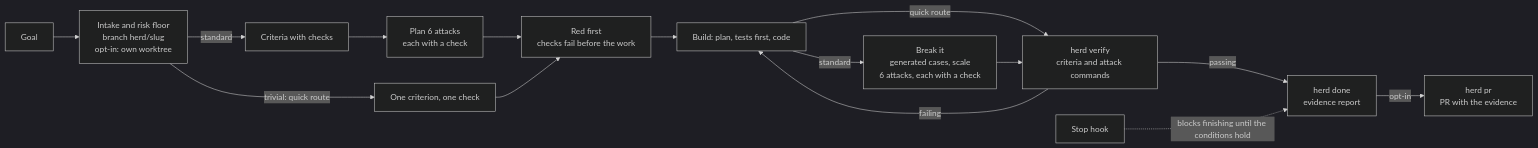
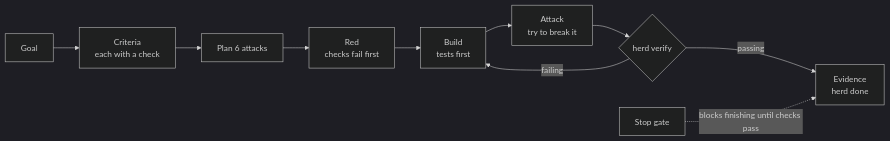
Before and after one commit to Beovulfo/herd-sdlc: the diagram in README.md, drawn with Mermaid (dark theme). The commit also changed other lines of this file and 3 other files, not shown here.

````diff
--- a/README.md
+++ b/README.md
@@ -56,17 +40,12 @@
 ```mermaid
 flowchart LR
-    A[Goal] --> B[Intake and risk floor<br/>branch herd/slug<br/>opt-in: own worktree]
-    B -->|standard| C[Criteria with checks]
-    B -->|trivial: quick route| Q[One criterion, one check]
-    C --> K[Plan 6 attacks<br/>each with a check]
-    K --> R[Red first<br/>checks fail before the work]
-    Q --> R
-    R --> D[Build: plan, tests first, code]
-    D -->|standard| X[Break it<br/>generated cases, scale<br/>6 attacks, each with a check]
-    D -->|quick route| F
-    X --> F[herd verify<br/>criteria and attack commands]
-    F -->|failing| D
-    F -->|passing| G[herd done<br/>evidence report]
-    S[Stop hook] -.->|blocks finishing until the conditions hold| G
-    G -->|opt-in| P[herd pr<br/>PR with the evidence]
+    G[Goal] --> C[Criteria<br/>each with a check]
+    C --> K[Plan 6 attacks]
+    K --> R[Red<br/>checks fail first]
+    R --> B[Build<br/>tests first]
+    B --> X[Attack<br/>try to break it]
+    X --> V{herd verify}
+    V -->|failing| B
+    V -->|passing| E[Evidence<br/>herd done]
+    S[Stop gate] -.->|blocks finishing until checks pass| E
 ```
````
